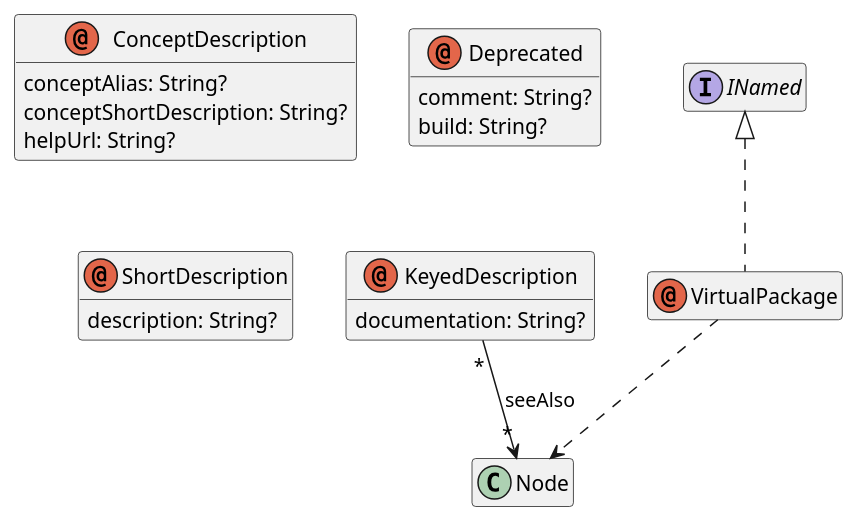
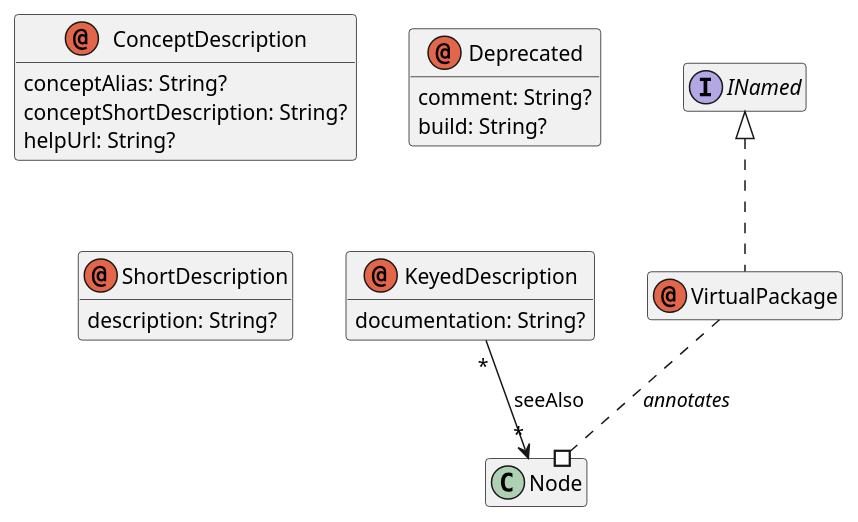
Before and after one commit to LionWeb-io/lionweb-typescript: the diagram in packages/io-lionweb-mps-specific/meta/io.lionweb.mps.specific.puml, drawn with PlantUML. The commit also changed 11 other files, not shown here.

Commit message:
fix and improve PlantUML + Mermaid diagrams

```diff
--- a/packages/io-lionweb-mps-specific/meta/io.lionweb.mps.specific.puml
+++ b/packages/io-lionweb-mps-specific/meta/io.lionweb.mps.specific.puml
@@ -1,39 +1,39 @@
 @startuml
 hide empty members
 
 ' qualified name: "io.lionweb.mps.specific"
 
 
 annotation ConceptDescription {
   conceptAlias: String?
   conceptShortDescription: String?
   helpUrl: String?
 }
 
 annotation Deprecated {
   comment: String?
   build: String?
 }
 
 annotation KeyedDescription {
   documentation: String?
 }
 
 annotation ShortDescription {
   description: String?
 }
 
 annotation VirtualPackage implements INamed
-VirtualPackage ..> Node
+VirtualPackage ..# Node : <i>annotates</i>
 
 
 
 ' relations:
 
 
 
 KeyedDescription "*" --> "*" Node: seeAlso
 
 
 
 @enduml
```
